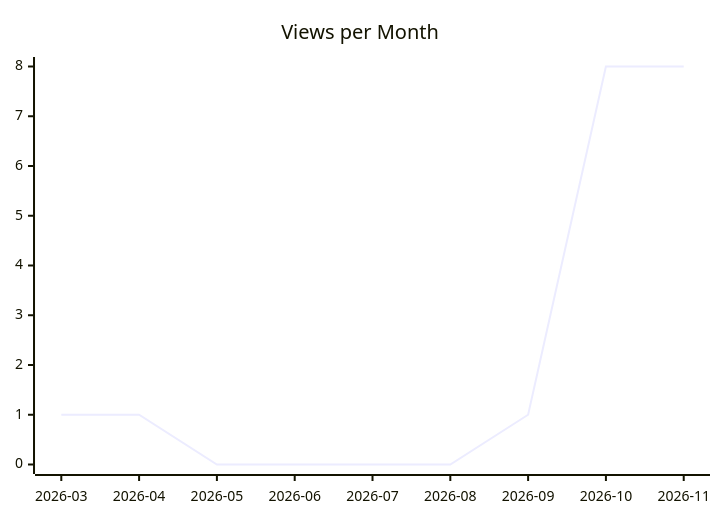
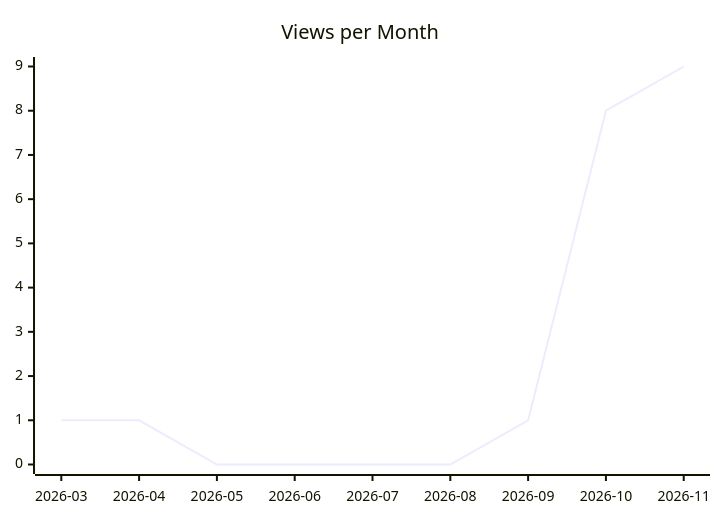
Before and after one commit to justdavis-family/github-analytics-data: the second of 3 diagrams in karlmdavis/todoist-ai/README.md, drawn with Mermaid. The commit also changed other lines of this file and 194 other files, not shown here.

````diff
--- a/karlmdavis/todoist-ai/README.md
+++ b/karlmdavis/todoist-ai/README.md
@@ -12,6 +12,6 @@
 ```mermaid
 xychart-beta
   title "Views per Month"
   x-axis ["2026-03", "2026-04", "2026-05", "2026-06", "2026-07", "2026-08", "2026-09", "2026-10", "2026-11"]
-  line [1, 1, 0, 0, 0, 0, 1, 8, 8]
+  line [1, 1, 0, 0, 0, 0, 1, 8, 9]
 ```
````
